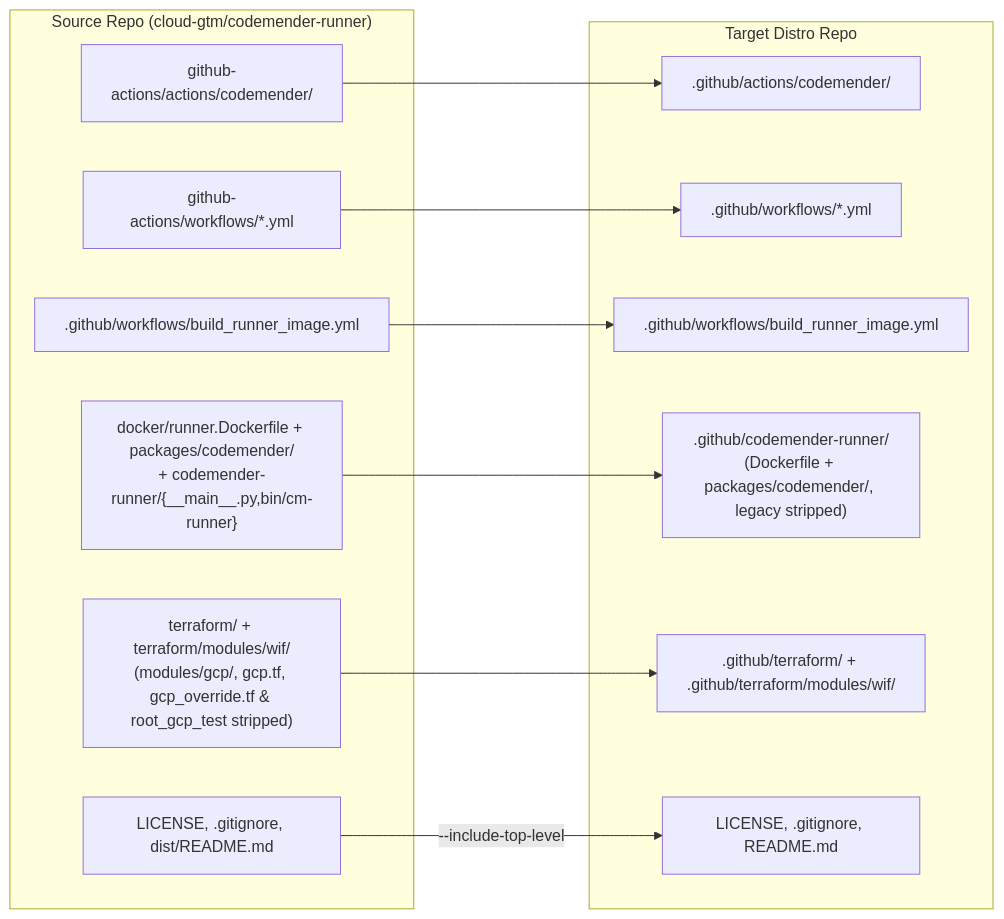
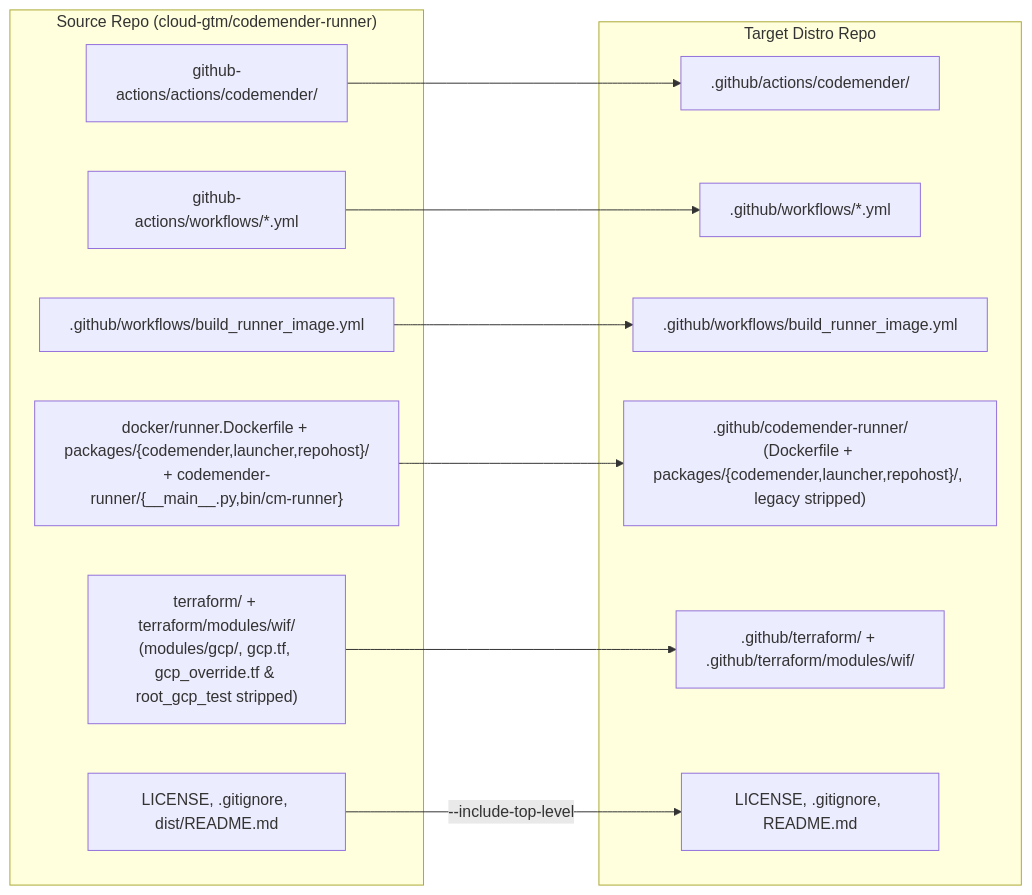
One commit to avnit/codemender-runner-mcp changed the second of 2 diagrams in docs/openspec/specs/distribute/design.md. Above: the diagram before and after it, drawn with Mermaid. The commit also changed other lines of this file and 27 other files, not shown here.

First line of the commit message:
feat(repohost): migrate repository host modules to packages/repohost (b/573603036) (#62)

````diff
--- a/docs/openspec/specs/distribute/design.md
+++ b/docs/openspec/specs/distribute/design.md
@@ -285,27 +293,27 @@
 ```mermaid
 flowchart LR
     subgraph Source["Source Repo (cloud-gtm/codemender-runner)"]
         s_gha["github-actions/actions/codemender/"]
         s_wf["github-actions/workflows/*.yml"]
         s_build[".github/workflows/build_runner_image.yml"]
-        s_cmr["docker/runner.Dockerfile + packages/codemender/\n+ codemender-runner/{__main__.py,bin/cm-runner}"]
+        s_cmr["docker/runner.Dockerfile + packages/{codemender,launcher,repohost}/\n+ codemender-runner/{__main__.py,bin/cm-runner}"]
         s_wif["terraform/ + terraform/modules/wif/\n(modules/gcp/, gcp.tf, gcp_override.tf & root_gcp_test stripped)"]
         s_top["LICENSE, .gitignore, dist/README.md"]
     end
 
     subgraph Target["Target Distro Repo"]
         t_gha[".github/actions/codemender/"]
         t_wf[".github/workflows/*.yml"]
         t_build[".github/workflows/build_runner_image.yml"]
-        t_cmr[".github/codemender-runner/\n(Dockerfile + packages/codemender/, legacy stripped)"]
+        t_cmr[".github/codemender-runner/\n(Dockerfile + packages/{codemender,launcher,repohost}/, legacy stripped)"]
         t_wif[".github/terraform/ + .github/terraform/modules/wif/"]
         t_top["LICENSE, .gitignore, README.md"]
     end
 
     s_gha --> t_gha
     s_wf --> t_wf
     s_build --> t_build
     s_cmr --> t_cmr
     s_wif --> t_wif
     s_top -->|"--include-top-level"| t_top
 ```
````
